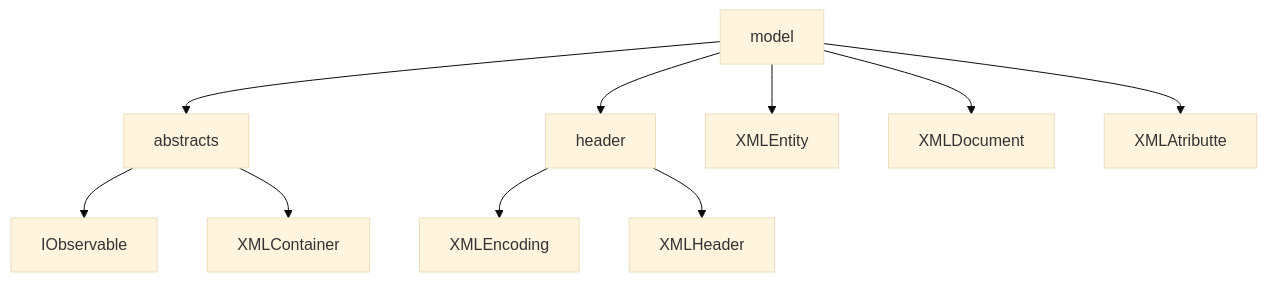
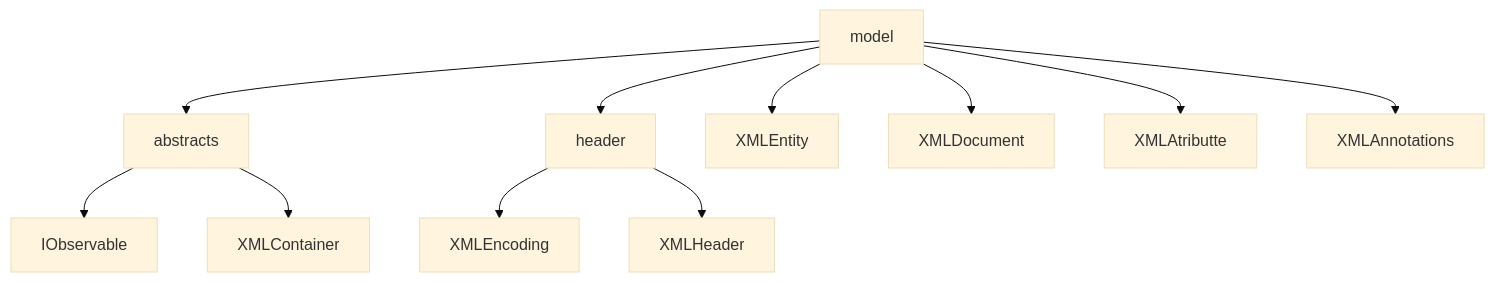
Before and after one commit to JoaoAlmeida-dev/XML-Generator-API-AdvancedProgramming: the first of 8 diagrams in README.md, drawn with Mermaid (base theme). The commit also changed other lines of this file and 38 other files, not shown here.

````diff
--- a/README.md
+++ b/README.md
@@ -46,13 +46,14 @@
 ```mermaid
 graph TD;
    model --> abstracts
    abstracts --> IObservable
    abstracts --> XMLContainer
    model --> header
    header --> XMLEncoding
    header --> XMLHeader
    model --> XMLEntity
    model --> XMLDocument
    model --> XMLAtributte
+   model --> XMLAnnotations
    
 ```
````
